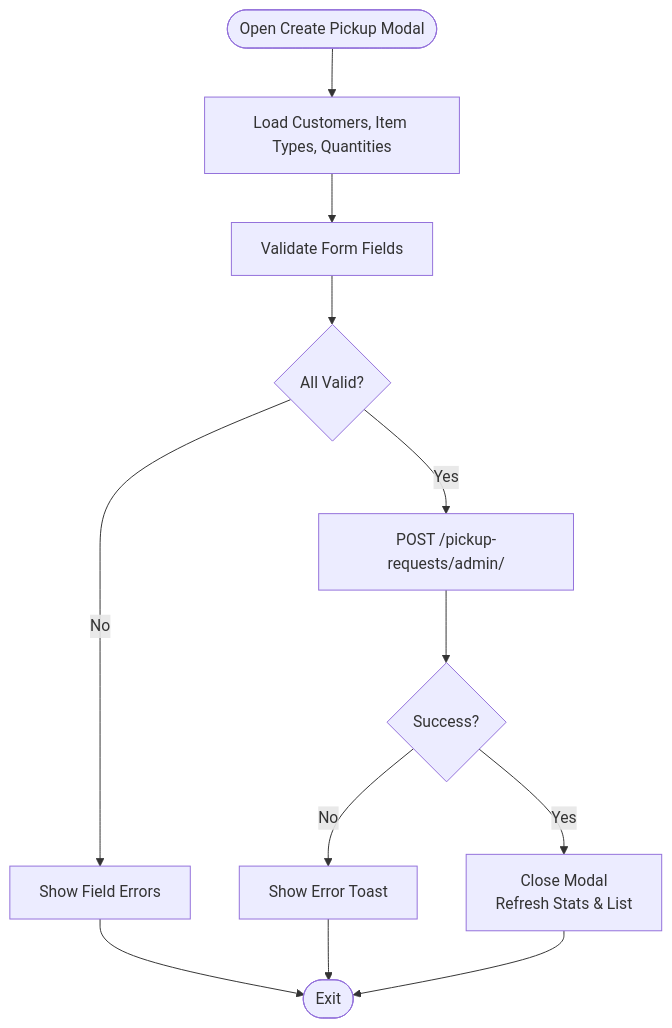
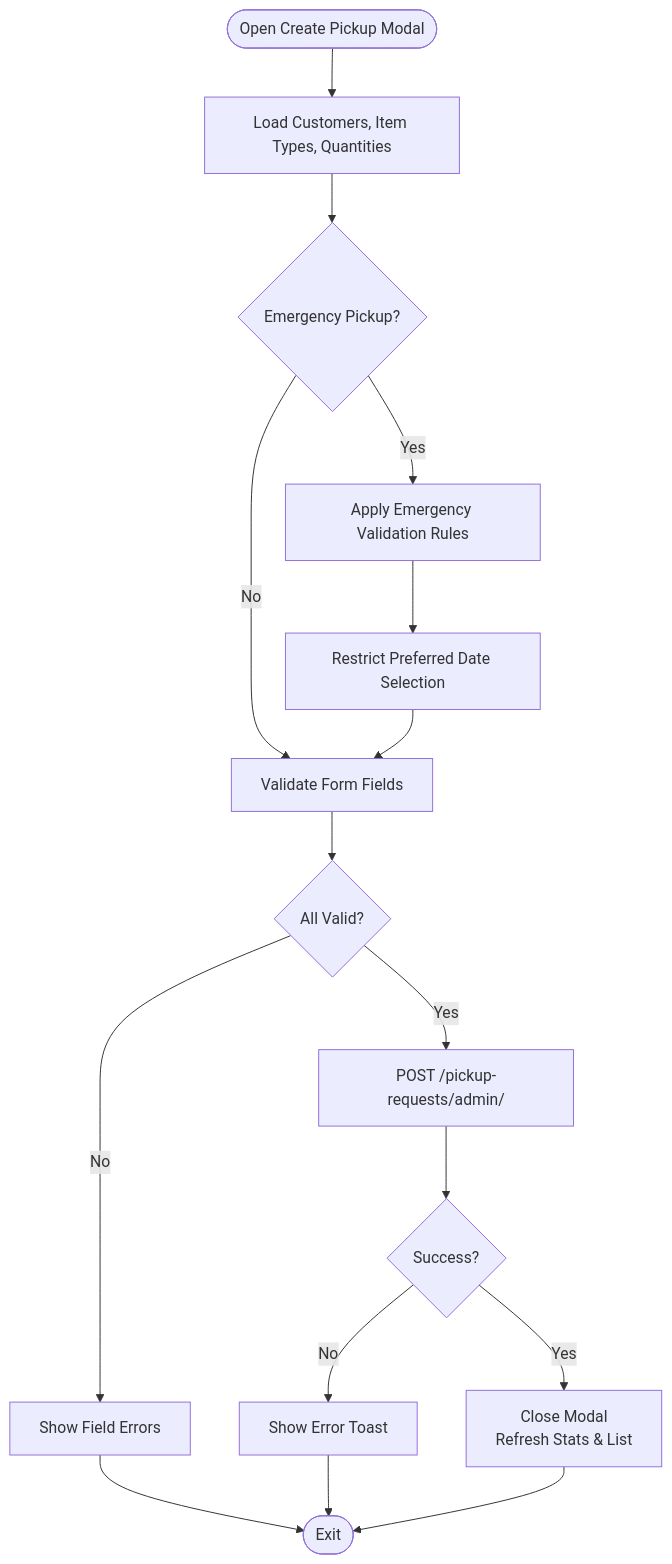
The fourth of 10 diagrams in .qoder/repowiki/en/content/Business Modules/Pickup Operations.md (Lazynerd-Studios/lacarte-atlas-console), drawn with Mermaid before and after one commit. The commit also changed other lines of this file and 23 other files, not shown here.

````diff
--- a/.qoder/repowiki/en/content/Business Modules/Pickup Operations.md
+++ b/.qoder/repowiki/en/content/Business Modules/Pickup Operations.md
@@ -289,14 +346,18 @@
 ```mermaid
 flowchart TD
 Start(["Open Create Pickup Modal"]) --> LoadOptions["Load Customers, Item Types, Quantities"]
-LoadOptions --> Validate["Validate Form Fields"]
+LoadOptions --> CheckEmergency{"Emergency Pickup?"}
+CheckEmergency -- No --> Validate["Validate Form Fields"]
+CheckEmergency -- Yes --> EmergencyValidation["Apply Emergency Validation Rules"]
+EmergencyValidation --> DateRestrictions["Restrict Preferred Date Selection"]
+DateRestrictions --> Validate
 Validate --> Valid{"All Valid?"}
 Valid -- No --> ShowErrors["Show Field Errors"]
 Valid -- Yes --> Submit["POST /pickup-requests/admin/"]
 Submit --> Success{"Success?"}
 Success -- No --> HandleError["Show Error Toast"]
 Success -- Yes --> CloseAndRefresh["Close Modal<br/>Refresh Stats & List"]
 ShowErrors --> End(["Exit"])
 HandleError --> End
 CloseAndRefresh --> End
 ```
````
